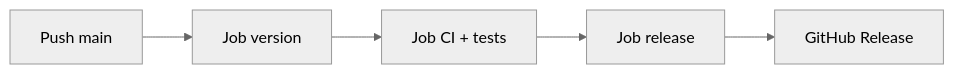
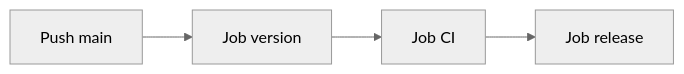
Before and after one commit to naqa92/portfolio-ultime-app: the diagram in README.md, drawn with Mermaid (neutral theme). The commit also changed other lines of this file and 4 other files, not shown here.

````diff
--- a/README.md
+++ b/README.md
@@ -253,7 +360,6 @@
 ```mermaid
 graph LR
     A[Push main] --> B[Job version]
-    B --> C[Job CI + tests]
+    B --> C[Job CI]
     C --> D[Job release]
-    D --> E[GitHub Release]
 ```
````
